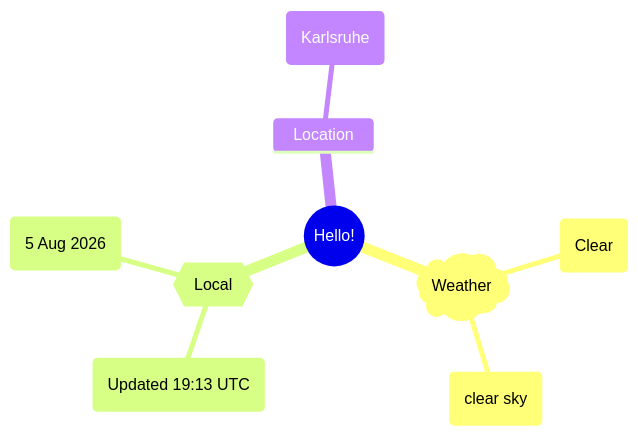
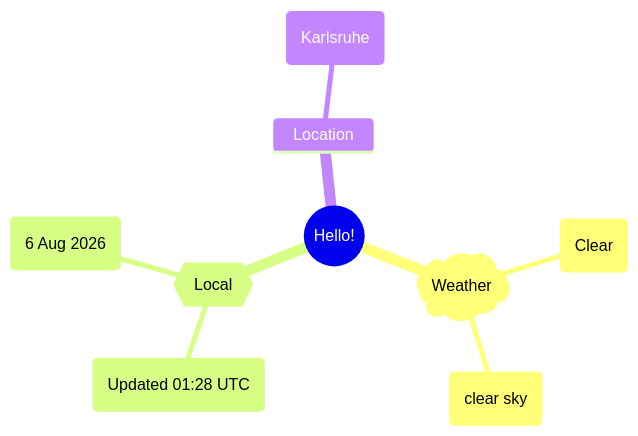
The first of 2 diagrams in README.md (Xosrov/Xosrov), drawn with Mermaid before and after one commit.

Commit message:
[bot] updated images

````diff
--- a/README.md
+++ b/README.md
@@ -3,12 +3,12 @@
 ```mermaid
 mindmap
   root((Hello!))
     )Weather(
         (Clear)
         (clear sky)
     {{Local}}
-        (Updated 19:13 UTC)
-        (5 Aug 2026)
+        (Updated 01:28 UTC)
+        (6 Aug 2026)
     Location
         (Karlsruhe)
 ```
````
